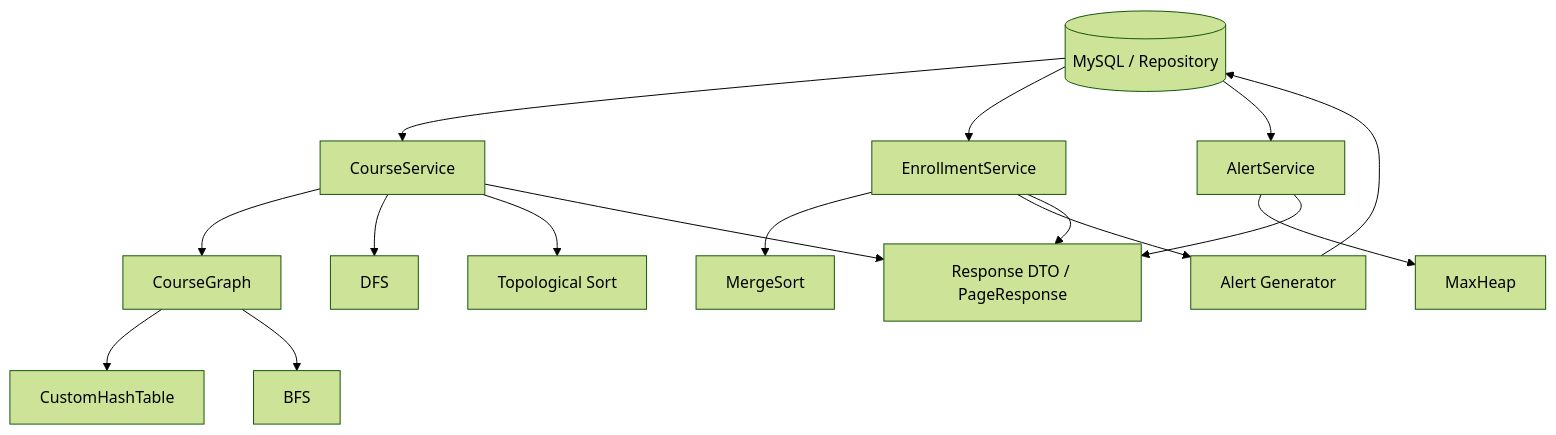
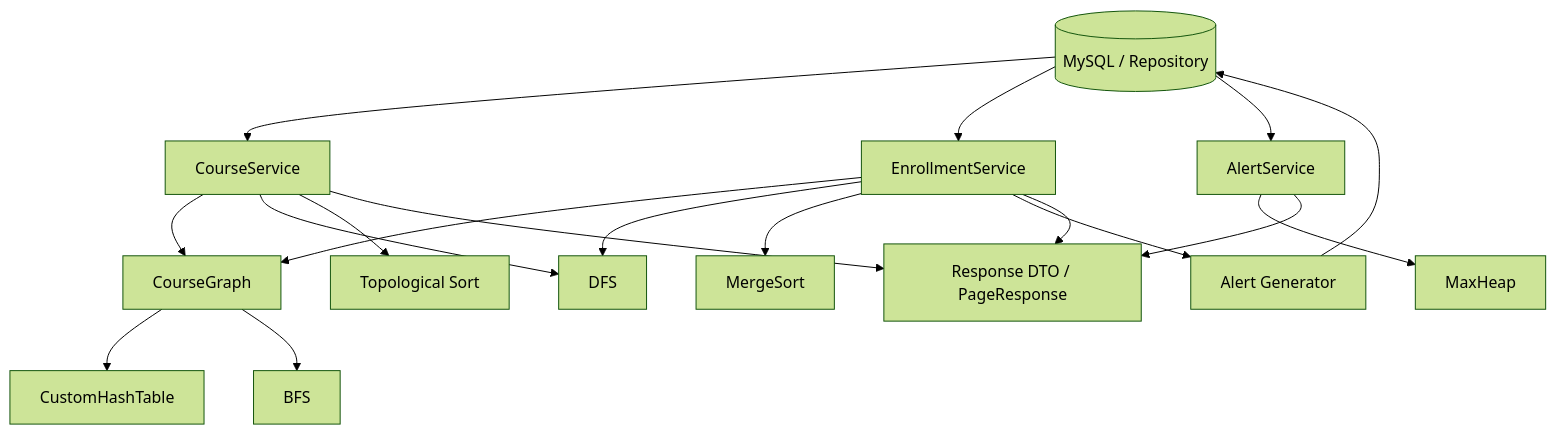
One commit to fizz123123/center-operation-system changed the first of 2 diagrams in docs/07_algorithm_module_overview.md. Above: the diagram before and after it, drawn with Mermaid (forest theme). The commit also changed other lines of this file and 10 other files, not shown here.

````diff
--- a/docs/07_algorithm_module_overview.md
+++ b/docs/07_algorithm_module_overview.md
@@ -74,32 +75,34 @@
 ```mermaid
 flowchart TD
     DB[(MySQL / Repository)]
     CS[CourseService]
     ES[EnrollmentService]
     AS[AlertService]
     CG[CourseGraph]
     HT[CustomHashTable]
     DFS[DFS]
     BFS[BFS]
     TS[Topological Sort]
     MS[MergeSort]
     AG[Alert Generator]
     MH[MaxHeap]
     DTO[Response DTO / PageResponse]
 
     DB --> CS
     DB --> ES
     DB --> AS
     CS --> CG
     CG --> HT
     CS --> DFS
     CS --> TS
     CG --> BFS
+    ES --> CG
+    ES --> DFS
     ES --> MS
     ES --> AG
     AG --> DB
     AS --> MH
     CS --> DTO
     ES --> DTO
     AS --> DTO
 ```
````
